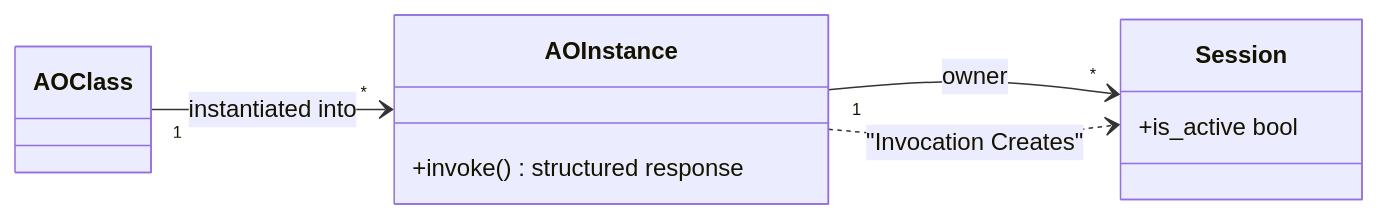
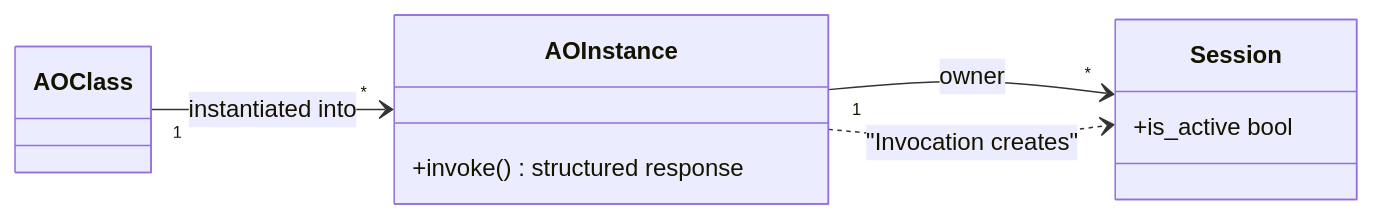
The first of 2 diagrams in docs/soap.md (Schafer-List-Systems/peteos), drawn with Mermaid before and after one commit. The commit also changed other lines of this file, not shown here.

````diff
--- a/docs/soap.md
+++ b/docs/soap.md
@@ -19,15 +19,15 @@
 ```mermaid
 classDiagram
     direction LR
     class AOClass
     class AOInstance {
         +invoke() structured response
     }
     class Session {
         +is_active bool
     }
 
     AOClass "1" --> "*" AOInstance : instantiated into
     AOInstance "1" --> "*" Session : owner
-    AOInstance ..> Session : "Invocation Creates"
+    AOInstance ..> Session : "Invocation creates"
 ```
````
